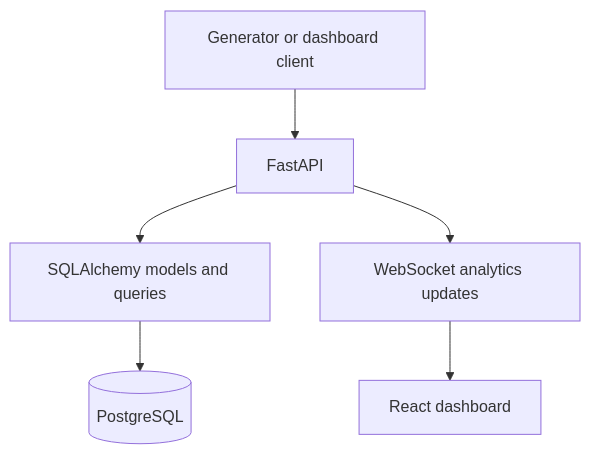
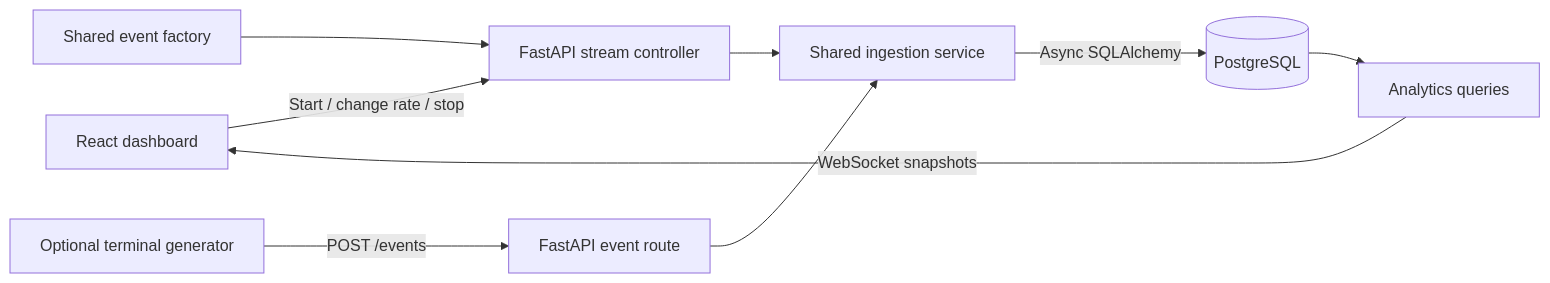
The diagram in README.md (gzxfy/Analytics-Dashboard), drawn with Mermaid before and after one commit. The commit also changed other lines of this file and 3 other files, not shown here.

````diff
--- a/README.md
+++ b/README.md
@@ -195,15 +142,11 @@
 ```mermaid
-flowchart TD
-		Client[Generator or dashboard client]
-		FastAPI[FastAPI]
-		SQLAlchemy[SQLAlchemy models and queries]
-		PostgreSQL[(PostgreSQL)]
-		WebSocket[WebSocket analytics updates]
-		React[React dashboard]
-
-		Client --> FastAPI
-		FastAPI --> SQLAlchemy
-		SQLAlchemy --> PostgreSQL
-		FastAPI --> WebSocket
-		WebSocket --> React
+flowchart LR
+    Dashboard[React dashboard] -->|Start / change rate / stop| Control[FastAPI stream controller]
+    Factory[Shared event factory] --> Control
+    Control --> Ingestion[Shared ingestion service]
+    Terminal[Optional terminal generator] -->|POST /events| API[FastAPI event route]
+    API --> Ingestion
+    Ingestion -->|Async SQLAlchemy| DB[(PostgreSQL)]
+    DB --> Aggregates[Analytics queries]
+    Aggregates -->|WebSocket snapshots| Dashboard
 ```
````
